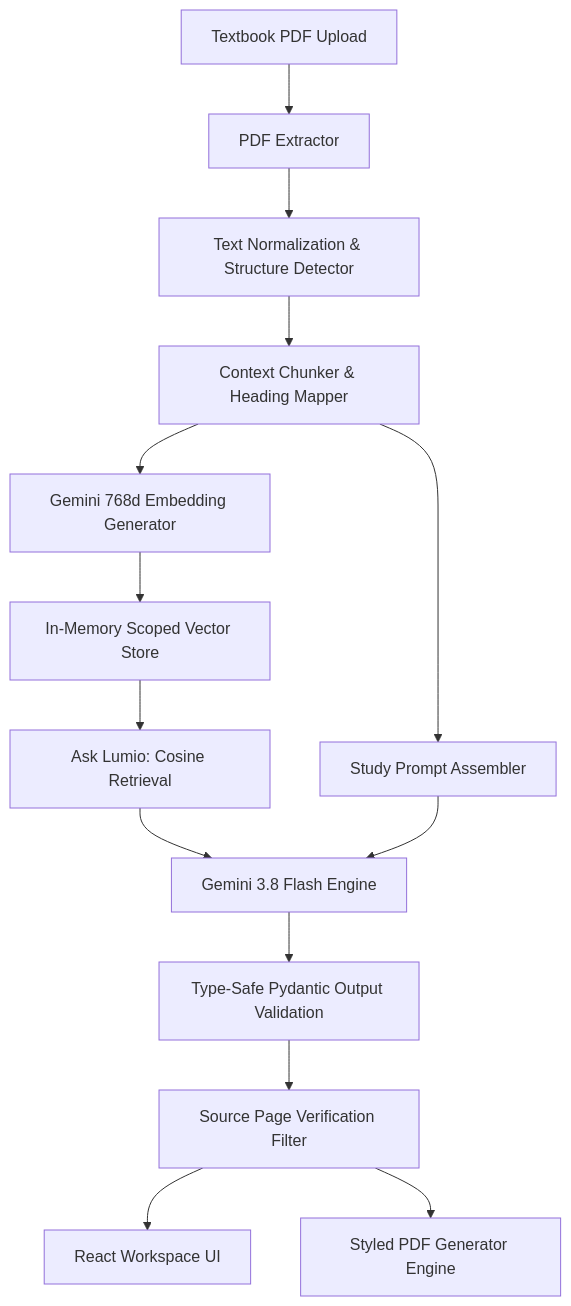
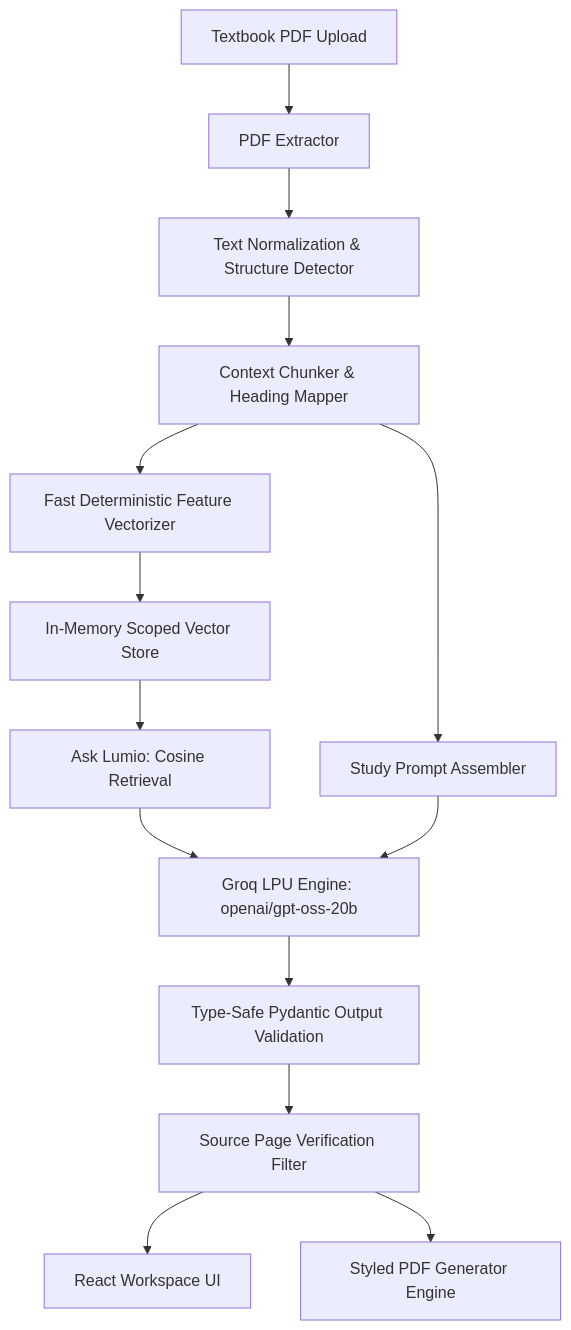
One commit to chetanaybuilder/Lumio changed the diagram in README.md. Above: the diagram before and after it, drawn with Mermaid. The commit also changed other lines of this file and 16 other files, not shown here.

Commit message:
feat: migrate from Gemini to Groq LLM with sub-5s response speed and updated Cloudflare deployment

````diff
--- a/README.md
+++ b/README.md
@@ -45,19 +46,19 @@
 ```mermaid
 graph TD
     A[Textbook PDF Upload] --> B[PDF Extractor]
     B --> C[Text Normalization & Structure Detector]
     C --> D[Context Chunker & Heading Mapper]
-    D --> E[Gemini 768d Embedding Generator]
+    D --> E[Fast Deterministic Feature Vectorizer]
     E --> F[In-Memory Scoped Vector Store]
     
     F --> G[Ask Lumio: Cosine Retrieval]
     D --> H[Study Prompt Assembler]
     
-    G --> I[Gemini 3.8 Flash Engine]
-    H --> I[Gemini 3.8 Flash Engine]
+    G --> I[Groq LPU Engine: openai/gpt-oss-20b]
+    H --> I[Groq LPU Engine: openai/gpt-oss-20b]
     
     I --> J[Type-Safe Pydantic Output Validation]
     J --> K[Source Page Verification Filter]
     K --> L[React Workspace UI]
     K --> M[Styled PDF Generator Engine]
 ```
````
